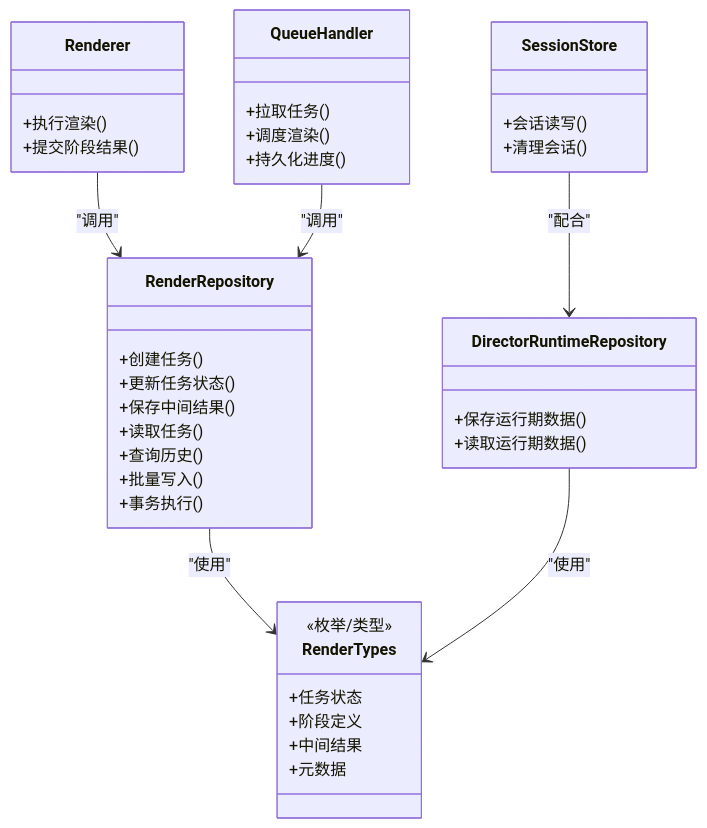
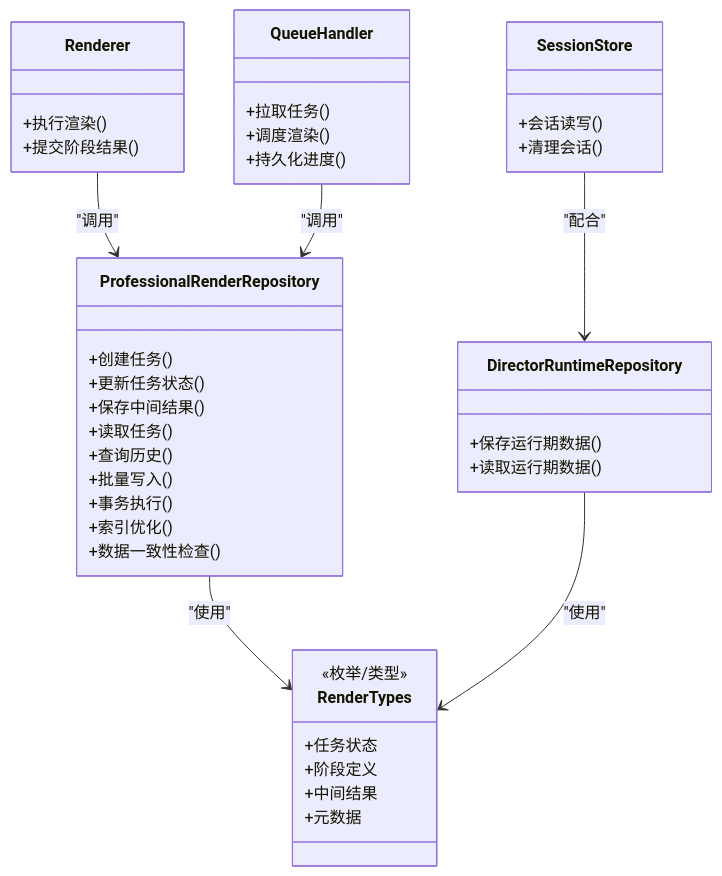
Before and after one commit to AIMFllyYS/code-video-canvas: the second of 5 diagrams in .qoder/repowiki/zh/content/核心功能模块/渲染引擎/数据持久化.md, drawn with Mermaid. The commit also changed other lines of this file and 44 other files, not shown here.

````diff
--- a/.qoder/repowiki/zh/content/核心功能模块/渲染引擎/数据持久化.md
+++ b/.qoder/repowiki/zh/content/核心功能模块/渲染引擎/数据持久化.md
@@ -103,41 +115,43 @@
 ```mermaid
 classDiagram
-class RenderRepository {
+class ProfessionalRenderRepository {
 +创建任务()
 +更新任务状态()
 +保存中间结果()
 +读取任务()
 +查询历史()
 +批量写入()
 +事务执行()
++索引优化()
++数据一致性检查()
 }
 class RenderTypes {
 <<枚举/类型>>
 +任务状态
 +阶段定义
 +中间结果
 +元数据
 }
 class Renderer {
 +执行渲染()
 +提交阶段结果()
 }
 class QueueHandler {
 +拉取任务()
 +调度渲染()
 +持久化进度()
 }
 class DirectorRuntimeRepository {
 +保存运行期数据()
 +读取运行期数据()
 }
 class SessionStore {
 +会话读写()
 +清理会话()
 }
-RenderRepository --> RenderTypes : "使用"
-Renderer --> RenderRepository : "调用"
-QueueHandler --> RenderRepository : "调用"
+ProfessionalRenderRepository --> RenderTypes : "使用"
+Renderer --> ProfessionalRenderRepository : "调用"
+QueueHandler --> ProfessionalRenderRepository : "调用"
 DirectorRuntimeRepository --> RenderTypes : "使用"
 SessionStore --> DirectorRuntimeRepository : "配合"
 ```
````
